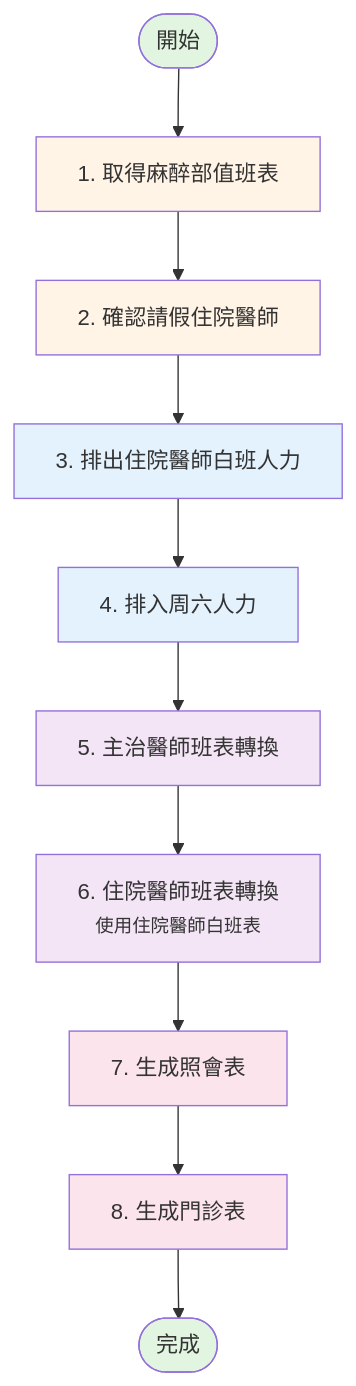
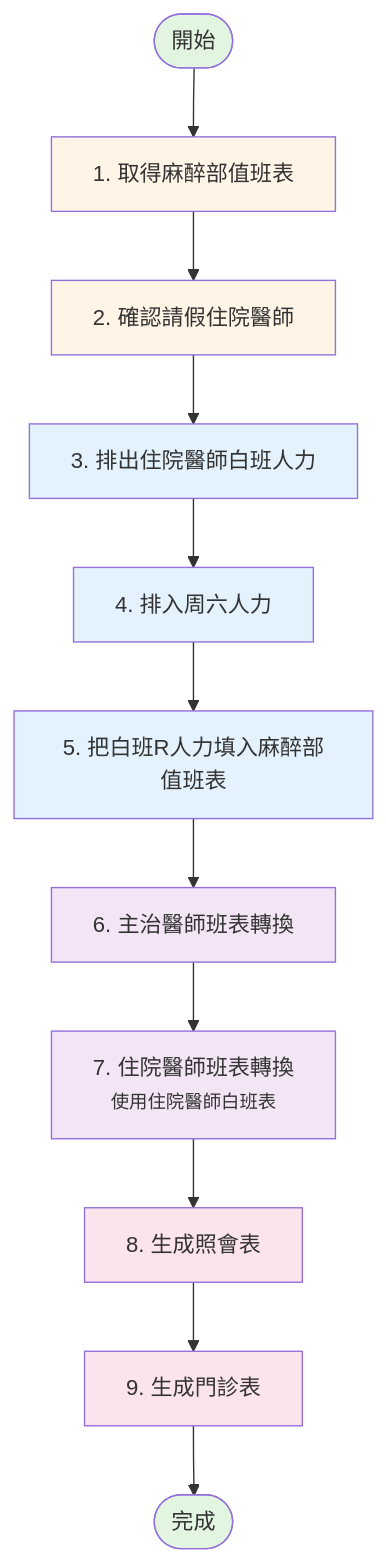
The diagram in README.md (iasdf31578/my-schedule-tools), drawn with Mermaid before and after one commit. The commit also changed other lines of this file, not shown here.

````diff
--- a/README.md
+++ b/README.md
@@ -4,23 +4,25 @@
 ```mermaid
 flowchart TD
     Start([開始]) --> Step1[1. 取得麻醉部值班表]
     Step1 --> Step2[2. 確認請假住院醫師]
     Step2 --> Step3[3. 排出住院醫師白班人力]
     Step3 --> Step4[4. 排入周六人力]
-    Step4 --> Step5[5. 主治醫師班表轉換]
-    Step5 --> Step6[6. 住院醫師班表轉換<br/><small>使用住院醫師白班表</small>]
-    Step6 --> Step7[7. 生成照會表]
-    Step7 --> Step8[8. 生成門診表]
-    Step8 --> End([完成])
+    Step4 --> Step5[5. 把白班R人力填入麻醉部值班表]
+    Step5 --> Step6[6. 主治醫師班表轉換]
+    Step6 --> Step7[7. 住院醫師班表轉換<br/><small>使用住院醫師白班表</small>]
+    Step7 --> Step8[8. 生成照會表]
+    Step8 --> Step9[9. 生成門診表]
+    Step9 --> End([完成])
     
     style Start fill:#e1f5e1
     style End fill:#e1f5e1
     style Step1 fill:#fff4e6
     style Step2 fill:#fff4e6
     style Step3 fill:#e3f2fd
     style Step4 fill:#e3f2fd
-    style Step5 fill:#f3e5f5
+    style Step5 fill:#e3f2fd
     style Step6 fill:#f3e5f5
-    style Step7 fill:#fce4ec
+    style Step7 fill:#f3e5f5
     style Step8 fill:#fce4ec
+    style Step9 fill:#fce4ec
 ```
````
